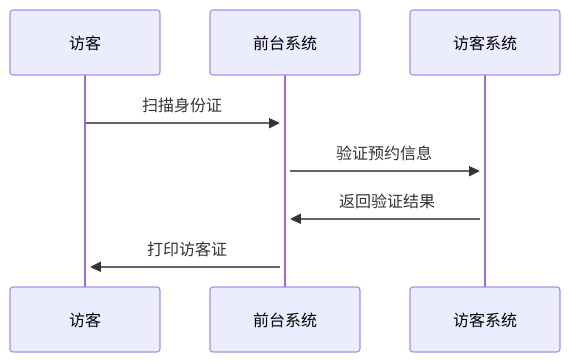
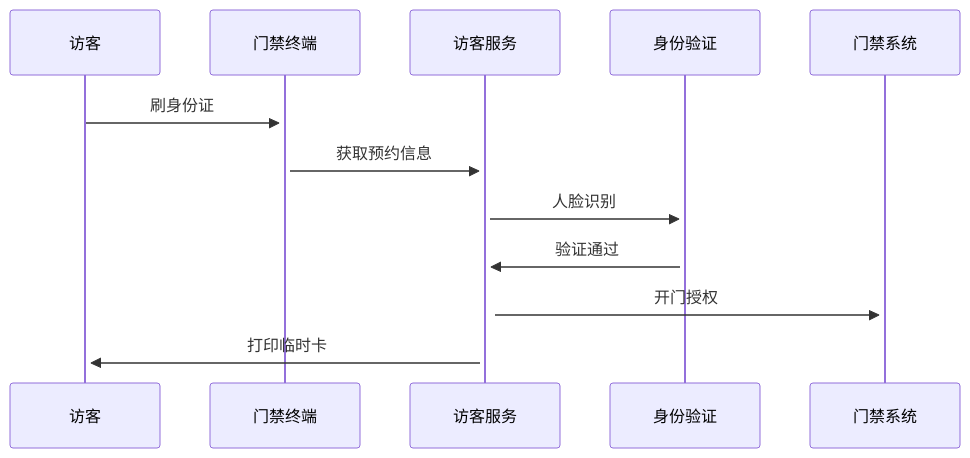
Before and after one commit to yuhaibao39/n8ndeploy: the third of 3 diagrams in devel/outlinedesign.md, drawn with Mermaid. The commit also changed other lines of this file, not shown here.

````diff
--- a/devel/outlinedesign.md
+++ b/devel/outlinedesign.md
@@ -71,7 +81,9 @@
 ```mermaid
 sequenceDiagram
-    访客->>+前台系统: 扫描身份证
-    前台系统->>+访客系统: 验证预约信息
-    访客系统->>+前台系统: 返回验证结果
-    前台系统->>+访客: 打印访客证
+    访客->>+门禁终端: 刷身份证
+    门禁终端->>+访客服务: 获取预约信息
+    访客服务->>+身份验证: 人脸识别
+    身份验证->>+访客服务: 验证通过
+    访客服务->>+门禁系统: 开门授权
+    访客服务->>+访客: 打印临时卡
 ```
````
